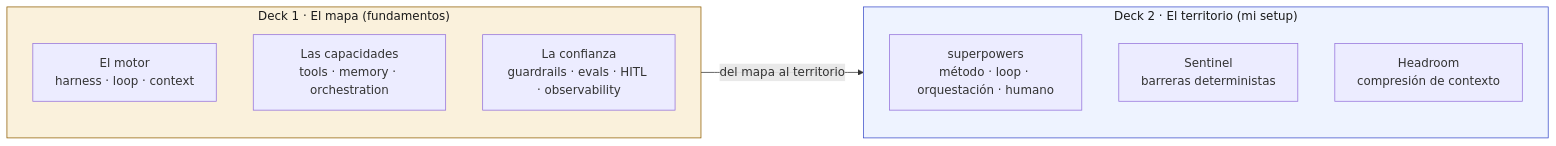
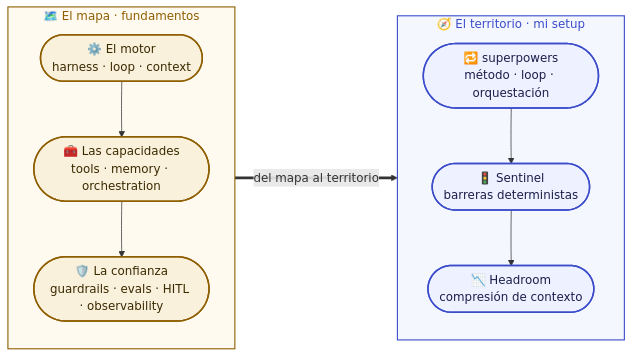
One commit to manuelcozar55/setup-claude-code changed the diagram in README.md. Above: the diagram before and after it, drawn with Mermaid. The commit also changed other lines of this file, not shown here.

Commit message:
docs(readme): drop Roadmap, redesign mermaid (brand + emojis), fix paths to charlas/ and kit/

````diff
--- a/README.md
+++ b/README.md
@@ -52,18 +52,24 @@
 ```mermaid
 flowchart LR
-    subgraph MAPA["Deck 1 · El mapa (fundamentos)"]
+    subgraph MAPA["🗺️ El mapa · fundamentos"]
         direction TB
-        M["El motor<br/>harness · loop · context"]
-        C["Las capacidades<br/>tools · memory · orchestration"]
-        T["La confianza<br/>guardrails · evals · HITL · observability"]
+        M(["⚙️ El motor<br/>harness · loop · context"])
+        C(["🧰 Las capacidades<br/>tools · memory · orchestration"])
+        T(["🛡️ La confianza<br/>guardrails · evals · HITL · observability"])
+        M --> C --> T
     end
-    subgraph TERR["Deck 2 · El territorio (mi setup)"]
+    subgraph TERR["🧭 El territorio · mi setup"]
         direction TB
-        SP["superpowers<br/>método · loop · orquestación · humano"]
-        SE["Sentinel<br/>barreras deterministas"]
-        HE["Headroom<br/>compresión de contexto"]
+        SP(["🔁 superpowers<br/>método · loop · orquestación"])
+        SE(["🚦 Sentinel<br/>barreras deterministas"])
+        HE(["📉 Headroom<br/>compresión de contexto"])
+        SP --> SE --> HE
     end
-    MAPA -->|"del mapa al territorio"| TERR
-    style MAPA fill:#faf1dc,stroke:#8f5e00,color:#1a1a1a
-    style TERR fill:#eef3ff,stroke:#3b4cca,color:#1a1a1a
+    MAPA ==>|"del mapa al territorio"| TERR
+    classDef mapa fill:#faf1dc,stroke:#8f5e00,stroke-width:2px,color:#3a2a00;
+    classDef terr fill:#eef1ff,stroke:#3b4cca,stroke-width:2px,color:#1a1f4a;
+    class M,C,T mapa
+    class SP,SE,HE terr
+    style MAPA fill:#fffaf0,stroke:#8f5e00,stroke-width:1.5px,color:#8f5e00
+    style TERR fill:#f5f7ff,stroke:#3b4cca,stroke-width:1.5px,color:#3b4cca
 ```
````
